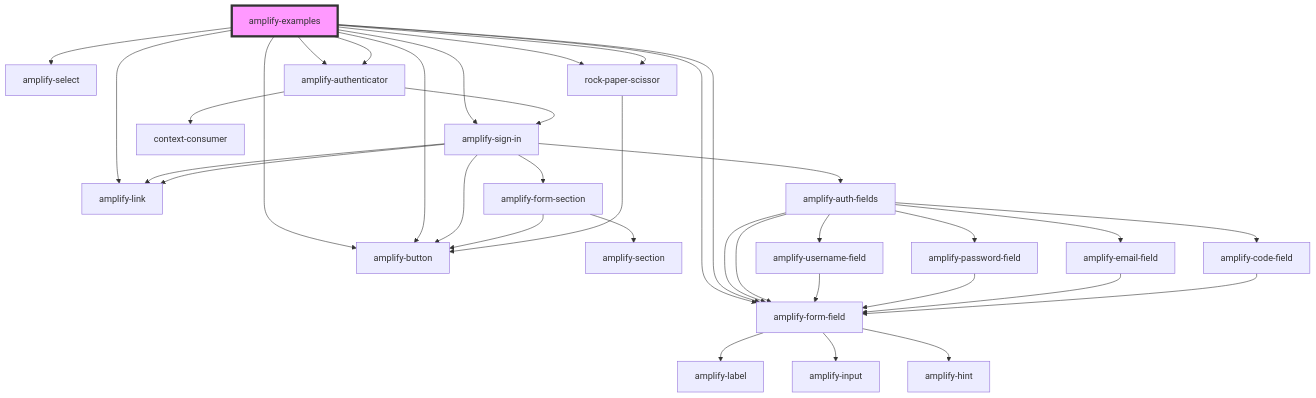
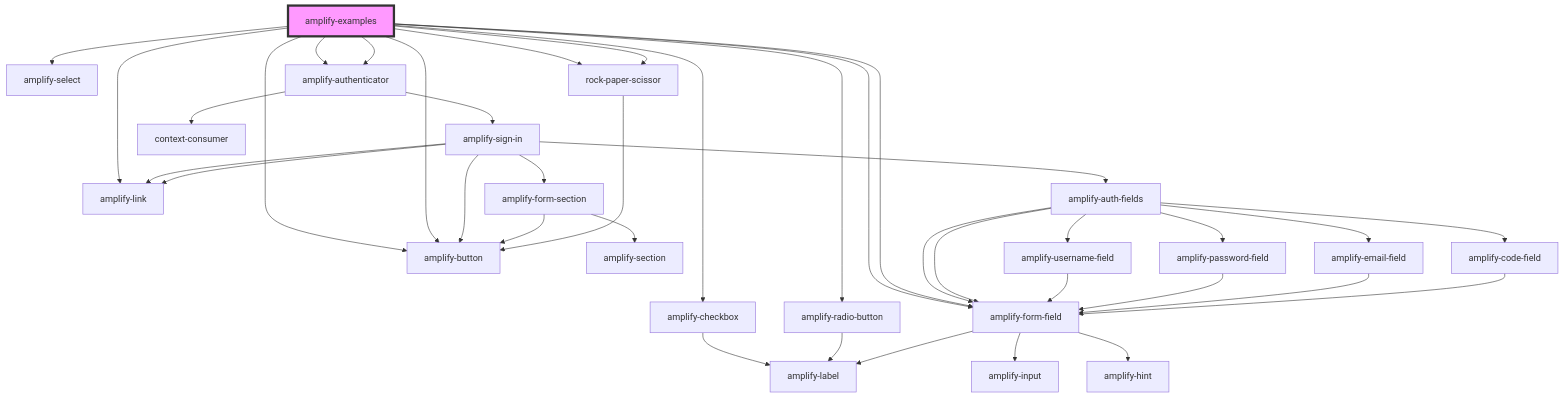
One commit to aws-amplify/amplify-js changed the diagram in packages/amplify-ui-components/src/components/amplify-examples/readme.md. Above: the diagram before and after it, drawn with Mermaid. The commit also changed other lines of this file and 15 other files, not shown here.

````diff
--- a/packages/amplify-ui-components/src/components/amplify-examples/readme.md
+++ b/packages/amplify-ui-components/src/components/amplify-examples/readme.md
@@ -25,38 +26,41 @@
 ```mermaid
 graph TD;
-  amplify-examples --> amplify-sign-in
+  amplify-examples --> amplify-checkbox
+  amplify-examples --> amplify-radio-button
   amplify-examples --> amplify-form-field
   amplify-examples --> amplify-form-field
   amplify-examples --> amplify-select
   amplify-examples --> amplify-button
   amplify-examples --> amplify-link
   amplify-examples --> amplify-authenticator
   amplify-examples --> amplify-button
   amplify-examples --> amplify-authenticator
   amplify-examples --> rock-paper-scissor
   amplify-examples --> rock-paper-scissor
+  amplify-checkbox --> amplify-label
+  amplify-radio-button --> amplify-label
+  amplify-form-field --> amplify-label
+  amplify-form-field --> amplify-input
+  amplify-form-field --> amplify-hint
+  amplify-authenticator --> amplify-sign-in
+  amplify-authenticator --> context-consumer
   amplify-sign-in --> amplify-form-section
   amplify-sign-in --> amplify-auth-fields
   amplify-sign-in --> amplify-link
   amplify-sign-in --> amplify-link
   amplify-sign-in --> amplify-button
   amplify-form-section --> amplify-section
   amplify-form-section --> amplify-button
   amplify-auth-fields --> amplify-username-field
   amplify-auth-fields --> amplify-password-field
   amplify-auth-fields --> amplify-email-field
   amplify-auth-fields --> amplify-code-field
   amplify-auth-fields --> amplify-form-field
   amplify-auth-fields --> amplify-form-field
   amplify-username-field --> amplify-form-field
-  amplify-form-field --> amplify-label
-  amplify-form-field --> amplify-input
-  amplify-form-field --> amplify-hint
   amplify-password-field --> amplify-form-field
   amplify-email-field --> amplify-form-field
   amplify-code-field --> amplify-form-field
-  amplify-authenticator --> amplify-sign-in
-  amplify-authenticator --> context-consumer
   rock-paper-scissor --> amplify-button
   style amplify-examples fill:#f9f,stroke:#333,stroke-width:4px
 ```
````
